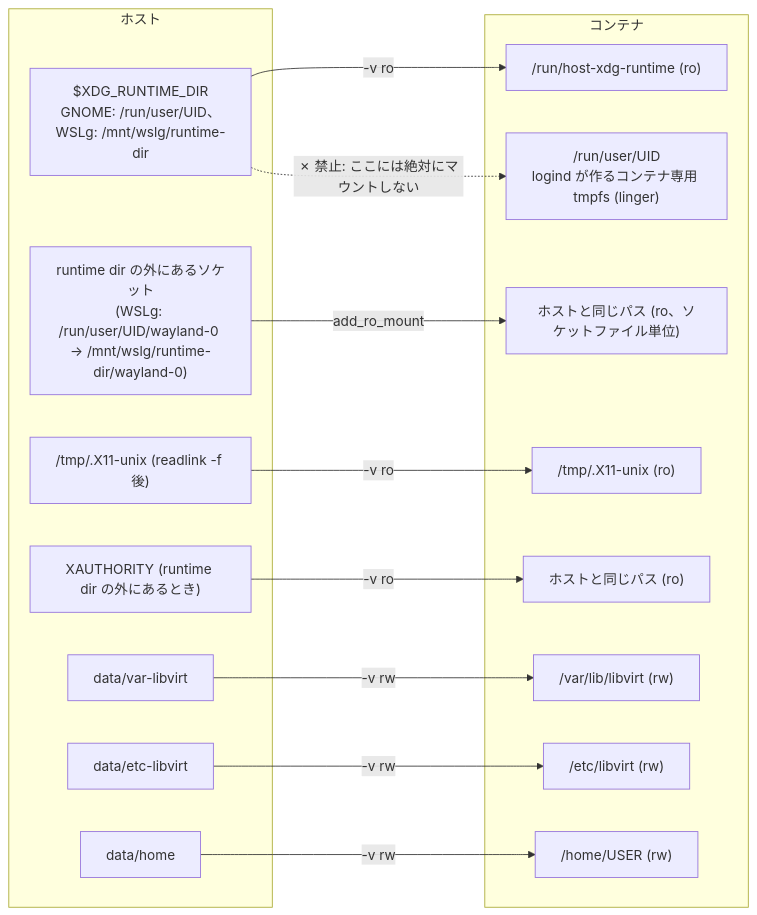
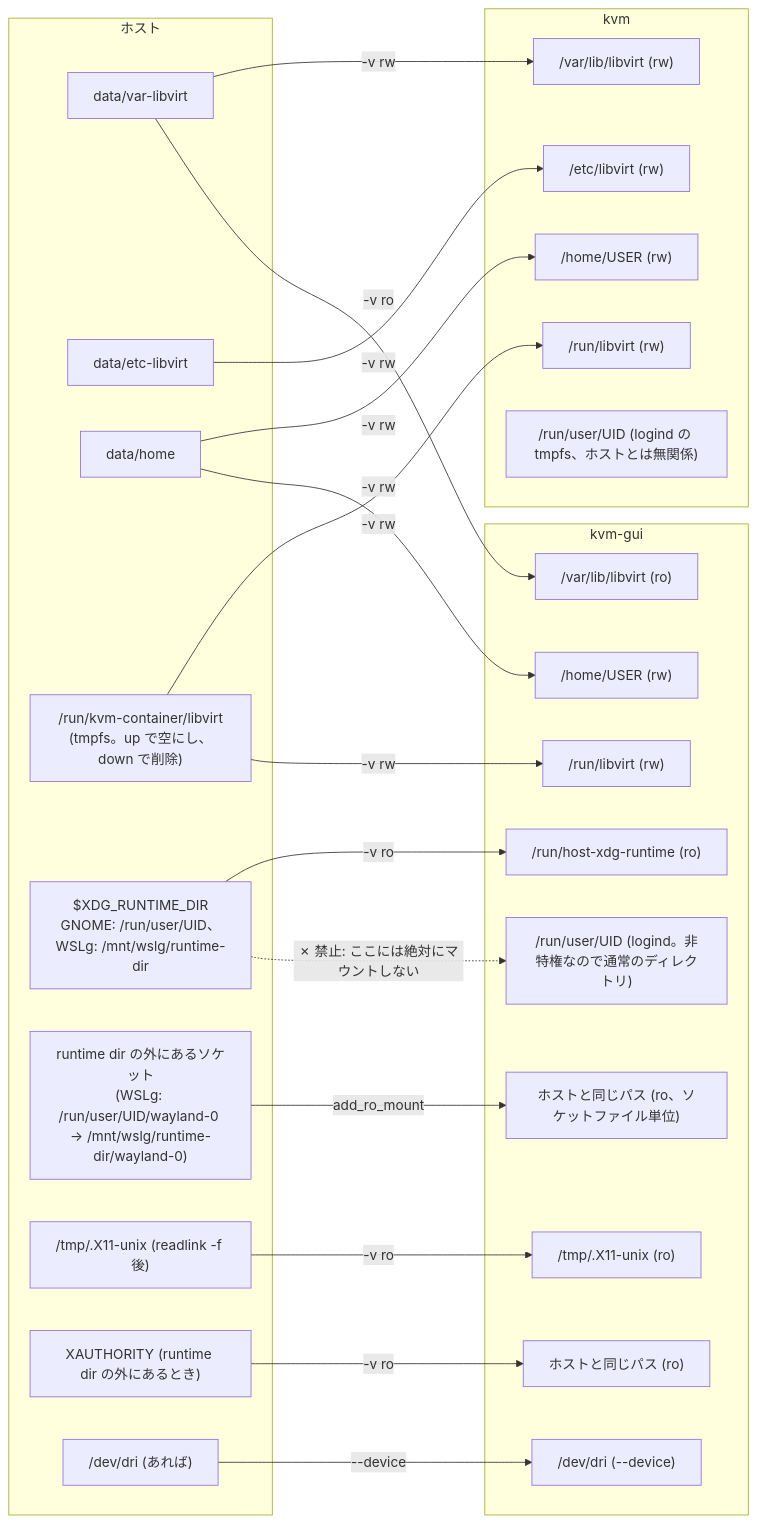
One commit to ryo-aoki-pc/kvm-container changed the ninth of 22 diagrams in docs/SPEC.md. Above: the diagram before and after it, drawn with Mermaid. The commit also changed other lines of this file, not shown here.

First line of the commit message:
docs/SPEC.md を 2 コンテナ構成 (kvm + kvm-gui) に合わせて全面更新する

````diff
--- a/docs/SPEC.md
+++ b/docs/SPEC.md
@@ -408,30 +521,45 @@
 ```mermaid
 flowchart LR
   subgraph h ["ホスト"]
+    d1["data/var-libvirt"]
+    d2["data/etc-libvirt"]
+    d3["data/home"]
+    rl["/run/kvm-container/libvirt<br/>(tmpfs。up で空にし、down で削除)"]
     rt["$XDG_RUNTIME_DIR<br/>GNOME: /run/user/UID、WSLg: /mnt/wslg/runtime-dir"]
     wlout["runtime dir の外にあるソケット<br/>(WSLg: /run/user/UID/wayland-0 → /mnt/wslg/runtime-dir/wayland-0)"]
     x11["/tmp/.X11-unix (readlink -f 後)"]
     xauth["XAUTHORITY (runtime dir の外にあるとき)"]
-    d1["data/var-libvirt"]
-    d2["data/etc-libvirt"]
-    d3["data/home"]
+    dri["/dev/dri (あれば)"]
   end
-  subgraph c ["コンテナ"]
+  subgraph k ["kvm"]
+    k1["/var/lib/libvirt (rw)"]
+    k2["/etc/libvirt (rw)"]
+    k3["/home/USER (rw)"]
+    k4["/run/libvirt (rw)"]
+    ku["/run/user/UID (logind の tmpfs、ホストとは無関係)"]
+  end
+  subgraph g ["kvm-gui"]
+    g1["/var/lib/libvirt (ro)"]
+    g3["/home/USER (rw)"]
+    g4["/run/libvirt (rw)"]
     crt["/run/host-xdg-runtime (ro)"]
     cwl["ホストと同じパス (ro、ソケットファイル単位)"]
     cx11["/tmp/.X11-unix (ro)"]
     cxa["ホストと同じパス (ro)"]
-    c1["/var/lib/libvirt (rw)"]
-    c2["/etc/libvirt (rw)"]
-    c3["/home/USER (rw)"]
-    cu["/run/user/UID<br/>logind が作るコンテナ専用 tmpfs (linger)"]
+    cdri["/dev/dri (--device)"]
+    gu["/run/user/UID (logind。非特権なので通常のディレクトリ)"]
   end
+  d1 -->|"-v rw"| k1
+  d1 -->|"-v ro"| g1
+  d2 -->|"-v rw"| k2
+  d3 -->|"-v rw"| k3
+  d3 -->|"-v rw"| g3
+  rl -->|"-v rw"| k4
+  rl -->|"-v rw"| g4
   rt -->|"-v ro"| crt
   wlout -->|"add_ro_mount"| cwl
   x11 -->|"-v ro"| cx11
   xauth -->|"-v ro"| cxa
-  d1 -->|"-v rw"| c1
-  d2 -->|"-v rw"| c2
-  d3 -->|"-v rw"| c3
-  rt -.->|"✗ 禁止: ここには絶対にマウントしない"| cu
+  dri -->|"--device"| cdri
+  rt -.->|"✗ 禁止: ここには絶対にマウントしない"| gu
 ```
````
